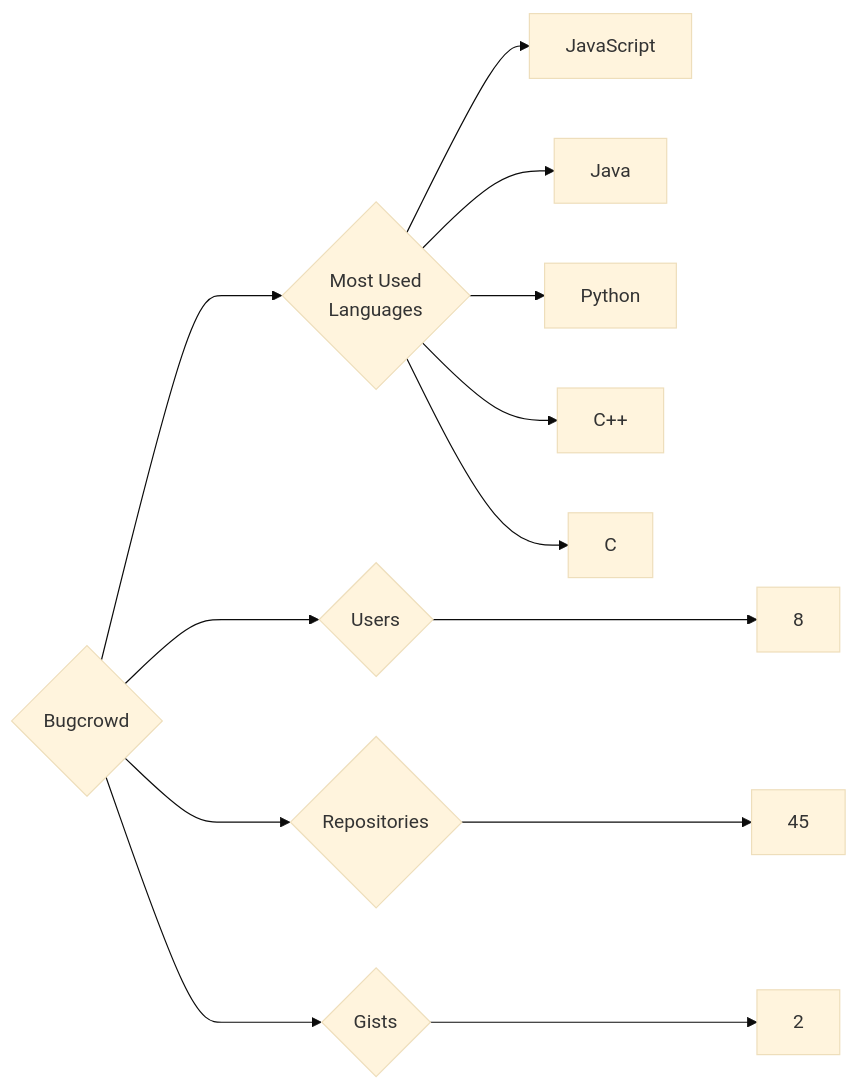
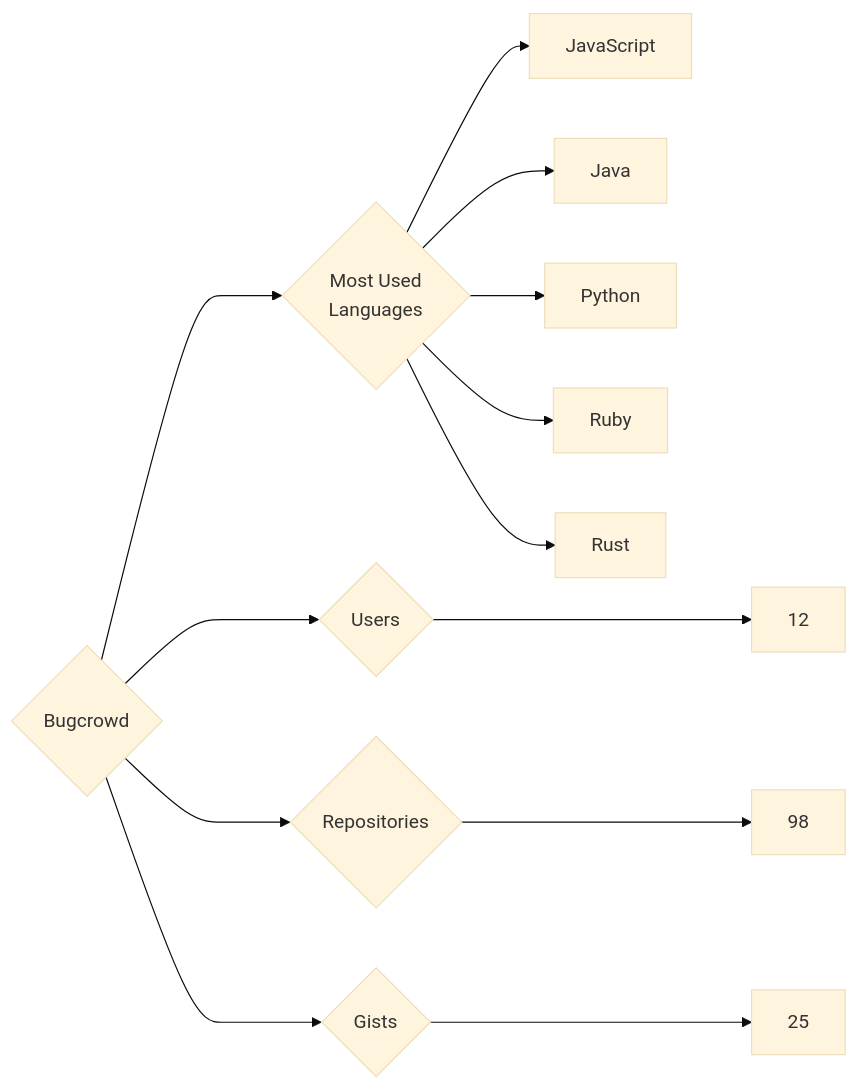
One commit to trickest/insiders changed the diagram in targets/Bugcrowd/README.md. Above: the diagram before and after it, drawn with Mermaid (base theme). The commit also changed 997 other files, not shown here.

````diff
--- a/targets/Bugcrowd/README.md
+++ b/targets/Bugcrowd/README.md
@@ -3,13 +3,13 @@
 ```mermaid
 graph LR
 COMPANY_NAME{Bugcrowd}
-COMPANY_NAME ---> U{Users} ---> UN[8]
-COMPANY_NAME ---> R{Repositories} ---> RN[45]
-COMPANY_NAME ---> G{Gists} ---> GN[2]
+COMPANY_NAME ---> U{Users} ---> UN[12]
+COMPANY_NAME ---> R{Repositories} ---> RN[98]
+COMPANY_NAME ---> G{Gists} ---> GN[25]
 COMPANY_NAME ---> ML{Most Used<br>Languages}
 ML --> JavaScript[JavaScript]
 ML --> Java[Java]
 ML --> Python[Python]
-ML --> C++[C++]
-ML --> C[C]
+ML --> Ruby[Ruby]
+ML --> Rust[Rust]
 ```
````
